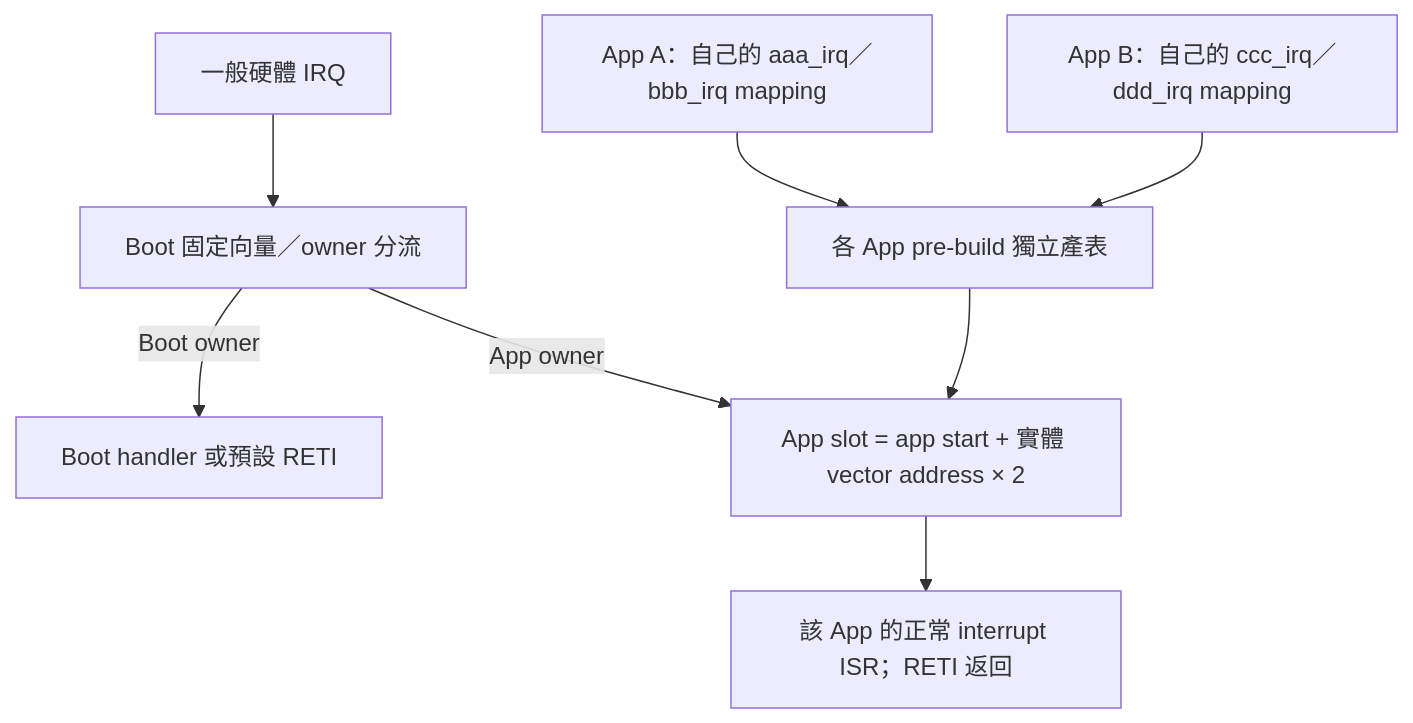
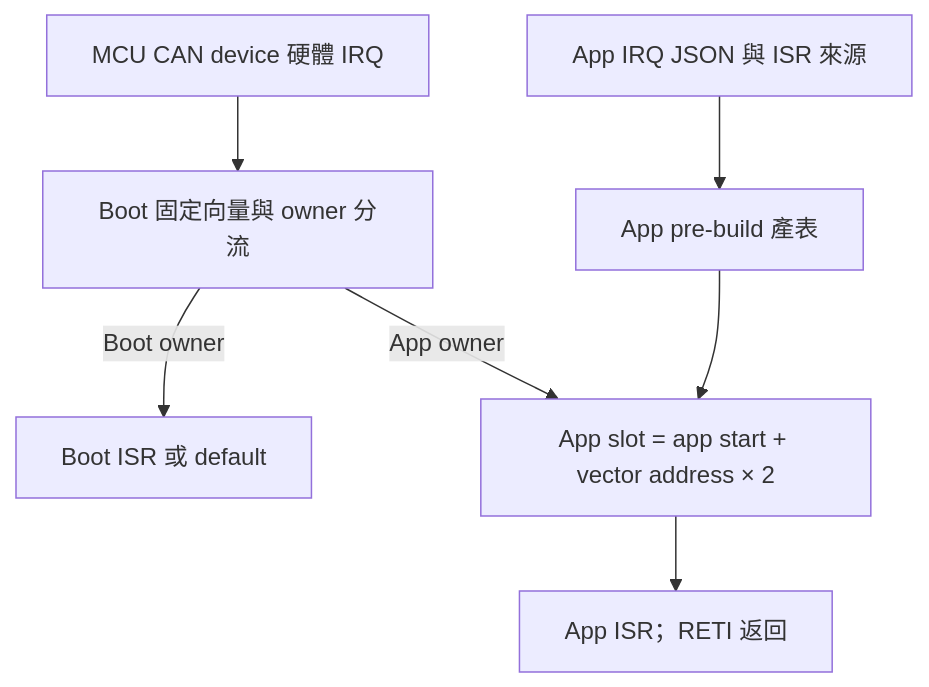
The seventh of 8 diagrams in index.md (released/slide_boot_loader_for_RL78), drawn with Mermaid before and after one commit. The commit also changed other lines of this file and 1 other file, not shown here.

````diff
--- a/index.md
+++ b/index.md
@@ -662,10 +696,9 @@
 ```mermaid
 flowchart TD
-    IRQ["一般硬體 IRQ"] --> BOOT["Boot 固定向量／owner 分流"]
-    BOOT -->|"Boot owner"| BISR["Boot handler 或預設 RETI"]
-    BOOT -->|"App owner"| SLOT["App slot = app start + 實體 vector address × 2"]
-    A["App A：自己的 aaa_irq／bbb_irq mapping"] --> GEN["各 App pre-build 獨立產表"]
-    B["App B：自己的 ccc_irq／ddd_irq mapping"] --> GEN
+    IRQ["MCU CAN device 硬體 IRQ"] --> BOOT["Boot 固定向量與 owner 分流"]
+    BOOT -->|Boot owner| BISR["Boot ISR 或 default"]
+    BOOT -->|App owner| SLOT["App slot = app start + vector address × 2"]
+    CONFIG["App IRQ JSON 與 ISR 來源"] --> GEN["App pre-build 產表"]
     GEN --> SLOT
-    SLOT --> ISR["該 App 的正常 interrupt ISR；RETI 返回"]
+    SLOT --> ISR["App ISR；RETI 返回"]
 ```
````
